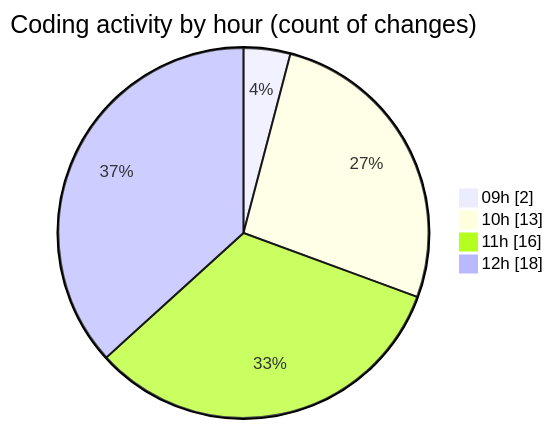
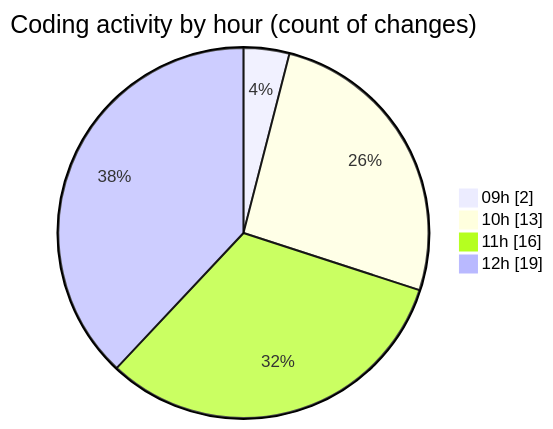
The second of 2 diagrams in 2025-07-02/cda/README.md (momahboobian/code-tracking), drawn with Mermaid before and after one commit. The commit also changed other lines of this file and 1 other file, not shown here.

````diff
--- a/2025-07-02/cda/README.md
+++ b/2025-07-02/cda/README.md
@@ -41,8 +41,8 @@
 ```mermaid
 pie showData
 title Coding activity by hour (count of changes)
 "09h" : 2
 "10h" : 13
 "11h" : 16
-"12h" : 18
+"12h" : 19
 ```
````
